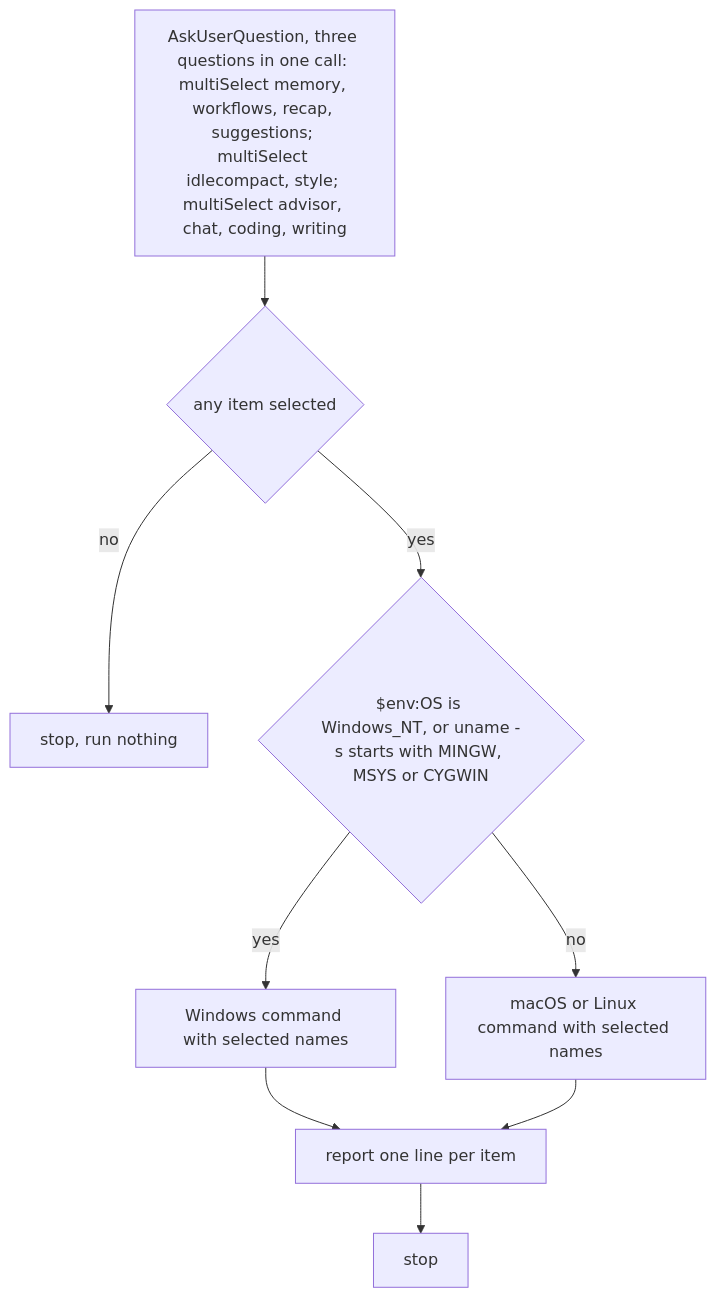
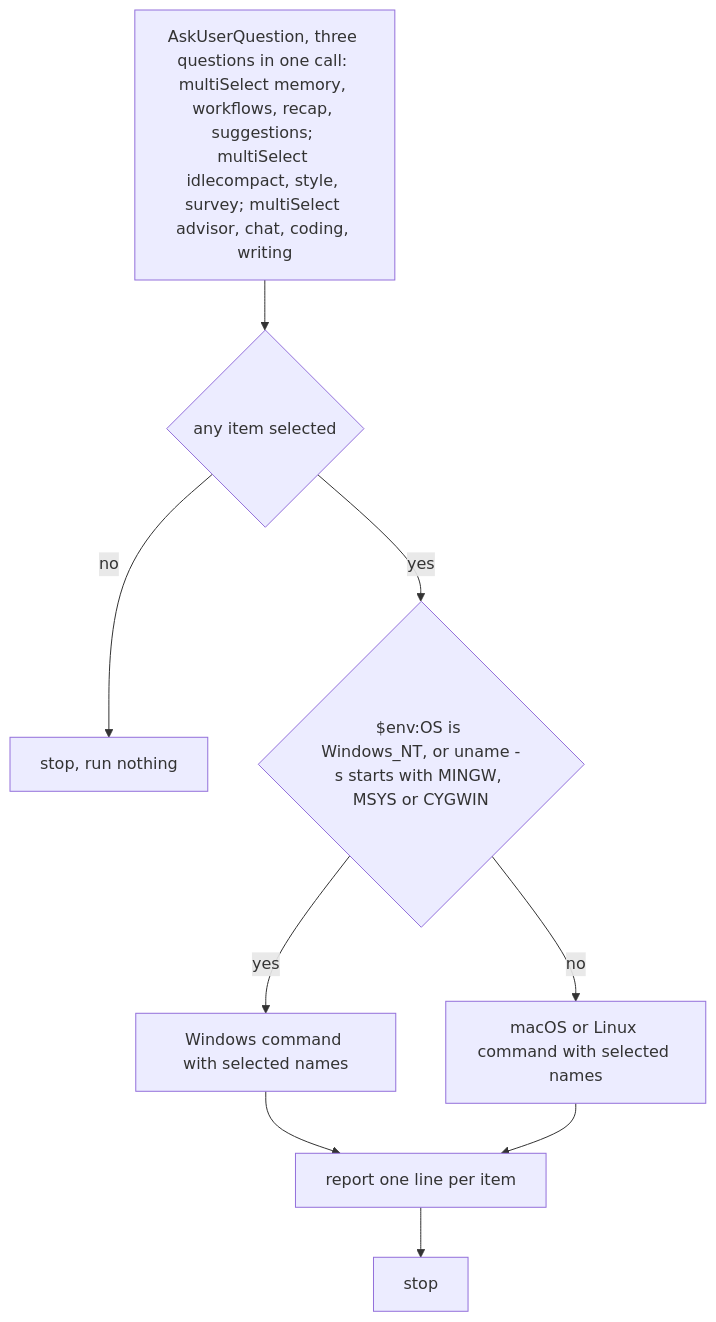
Before and after one commit to XVE-BV/claude-marketplace: the diagram in plugins/starter/skills/setup/SKILL.md, drawn with Mermaid. The commit also changed other lines of this file and 6 other files, not shown here.

First line of the commit message:
feat(starter): survey item turns off feedback survey

````diff
--- a/plugins/starter/skills/setup/SKILL.md
+++ b/plugins/starter/skills/setup/SKILL.md
@@ -33,9 +35,9 @@
 ```mermaid
 flowchart TD
-  ask["AskUserQuestion, three questions in one call: multiSelect memory, workflows, recap, suggestions; multiSelect idlecompact, style; multiSelect advisor, chat, coding, writing"] --> any{"any item selected"}
+  ask["AskUserQuestion, three questions in one call: multiSelect memory, workflows, recap, suggestions; multiSelect idlecompact, style, survey; multiSelect advisor, chat, coding, writing"] --> any{"any item selected"}
   any -->|no| stop["stop, run nothing"]
   any -->|yes| os{"$env:OS is Windows_NT, or uname -s starts with MINGW, MSYS or CYGWIN"}
   os -->|yes| win["Windows command with selected names"]
   os -->|no| nix["macOS or Linux command with selected names"]
   win & nix --> report["report one line per item"] --> done["stop"]
 ```
````
